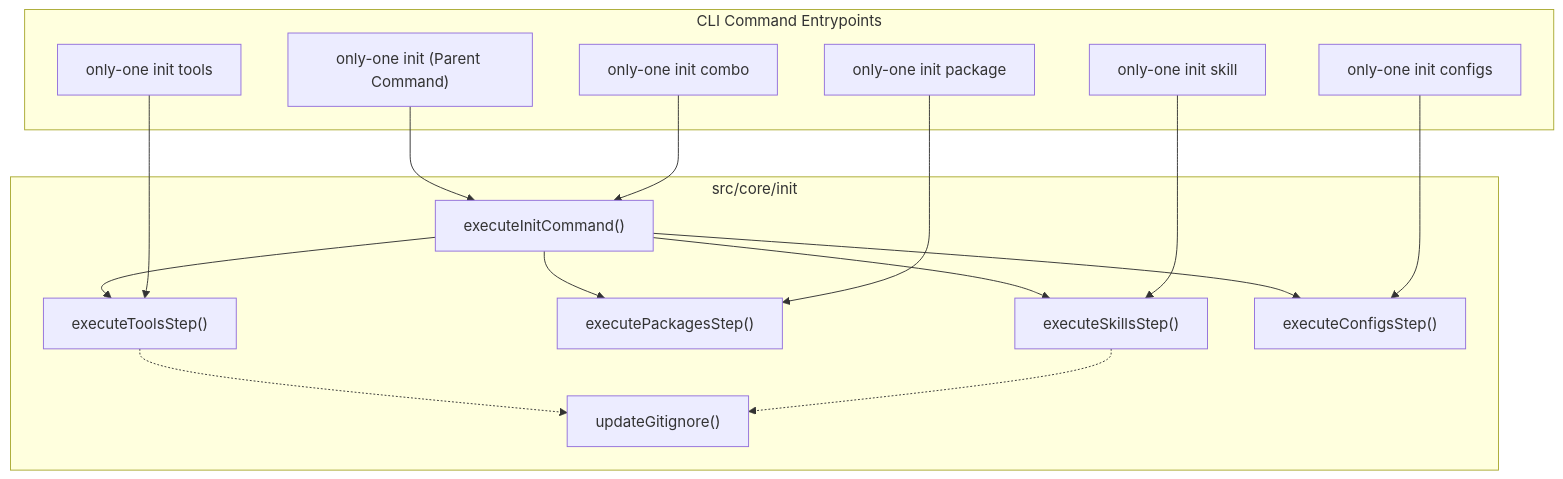
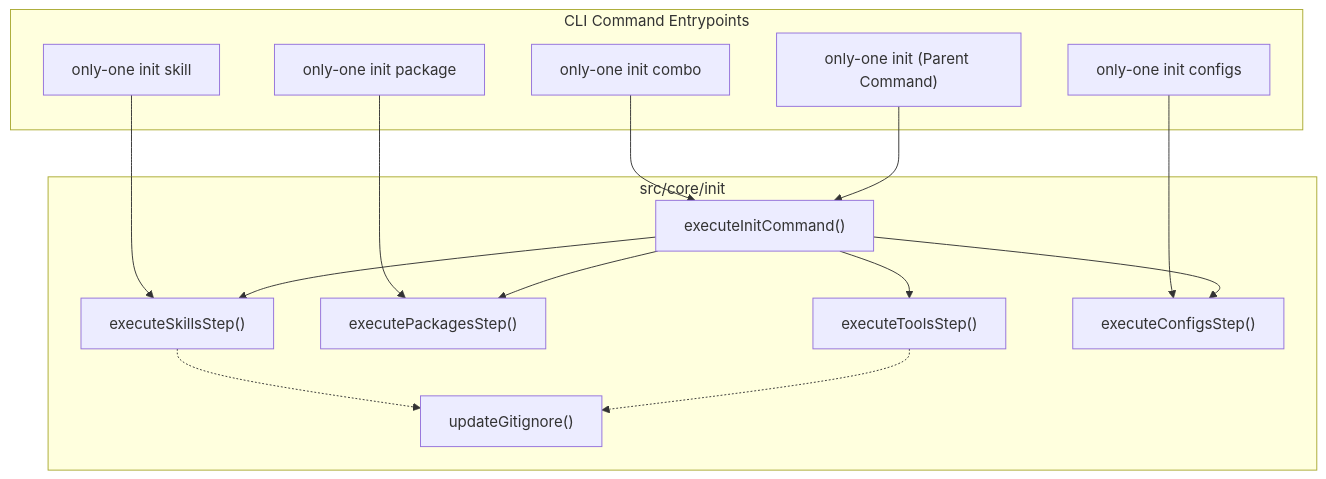
Before and after one commit to Personal-Source-SP/only-one-cli: the diagram in openspec/changes/upgrade-cli-init-flow/design.md, drawn with Mermaid. The commit also changed other lines of this file and 9 other files, not shown here.

Commit message:
feat: decompose init flow into subcommands and add automatic .gitignore updates

````diff
--- a/openspec/changes/upgrade-cli-init-flow/design.md
+++ b/openspec/changes/upgrade-cli-init-flow/design.md
@@ -34,35 +34,33 @@
 ```mermaid
 flowchart TD
     subgraph CLI ["CLI Command Entrypoints"]
         Init["only-one init (Parent Command)"]
         SubCombo["only-one init combo"]
-        SubTools["only-one init tools"]
         SubPackages["only-one init package"]
         SubSkills["only-one init skill"]
         SubConfigs["only-one init configs"]
     end
 
     subgraph Core ["src/core/init"]
         InitOrchestrator["executeInitCommand()"]
         ToolsStep["executeToolsStep()"]
         PackagesStep["executePackagesStep()"]
         SkillsStep["executeSkillsStep()"]
         ConfigsStep["executeConfigsStep()"]
         Gitignore["updateGitignore()"]
     end
 
     Init --> InitOrchestrator
     InitOrchestrator --> ToolsStep
     InitOrchestrator --> PackagesStep
     InitOrchestrator --> SkillsStep
     InitOrchestrator --> ConfigsStep
 
     SubCombo --> InitOrchestrator
-    SubTools --> ToolsStep
     SubPackages --> PackagesStep
     SubSkills --> SkillsStep
     SubConfigs --> ConfigsStep
 
     ToolsStep -.-> Gitignore
     SkillsStep -.-> Gitignore
 ```
````
